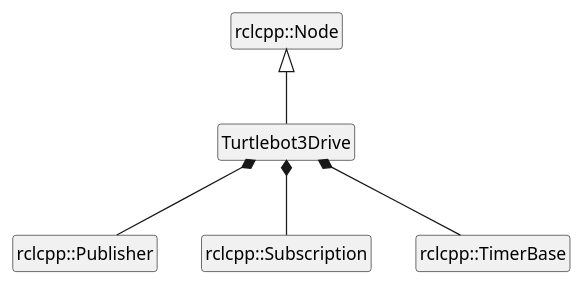
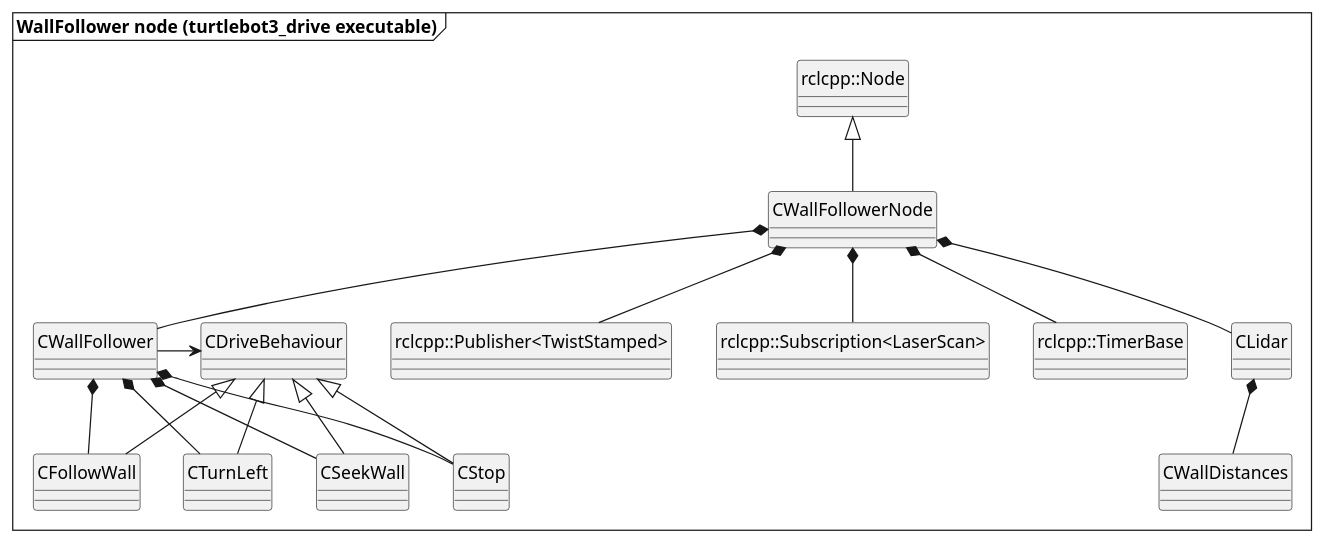
One commit to D-afk-coder/project-task1 changed the diagram in diagrams/uml_class_diagram.puml. Above: the diagram before and after it, drawn with PlantUML. The commit also changed other lines of this file and 7 other files, not shown here.

First line of the commit message:
Update README and diagrams for the refactored structure

```diff
--- a/diagrams/uml_class_diagram.puml
+++ b/diagrams/uml_class_diagram.puml
@@ -12,16 +19,45 @@
 @startuml
 skinparam classAttributeIconSize 0
 skinparam style strictuml
-hide empty members
+skinparam genericDisplay old
 
-class Turtlebot3Drive
-class "rclcpp::Node" as Node
-class "rclcpp::Publisher" as Publisher
-class "rclcpp::Subscription" as Subscription
-class "rclcpp::TimerBase" as TimerBase
+package "WallFollower node (turtlebot3_drive executable)" <<Frame>> {
 
-Turtlebot3Drive -up-|> Node
-Publisher -up-* Turtlebot3Drive
-Subscription -up-* Turtlebot3Drive
-TimerBase -up-* Turtlebot3Drive
+  class "rclcpp::Node" as Node
+  class "rclcpp::Publisher<TwistStamped>" as Publisher
+  class "rclcpp::Subscription<LaserScan>" as Subscription
+  class "rclcpp::TimerBase" as TimerBase
+
+  class CWallFollowerNode
+  class CLidar
+  class CWallDistances
+  class CWallFollower
+  class CDriveBehaviour
+  class CFollowWall
+  class CTurnLeft
+  class CSeekWall
+  class CStop
+
+  ' Inheritance : is a
+  CWallFollowerNode -up-|> Node
+  CFollowWall -up-|> CDriveBehaviour
+  CTurnLeft -up-|> CDriveBehaviour
+  CSeekWall -up-|> CDriveBehaviour
+  CStop -up-|> CDriveBehaviour
+
+  ' Composition : has a, owns (diamond on the owner)
+  CWallFollowerNode *-- Publisher
+  CWallFollowerNode *-- Subscription
+  CWallFollowerNode *-- TimerBase
+  CWallFollowerNode *-- CLidar
+  CWallFollowerNode *-- CWallFollower
+  CLidar *-- CWallDistances
+  CWallFollower *-- CFollowWall
+  CWallFollower *-- CTurnLeft
+  CWallFollower *-- CSeekWall
+  CWallFollower *-- CStop
+
+  ' Association : knows a
+  CWallFollower -right-> CDriveBehaviour
+}
 @enduml
```
